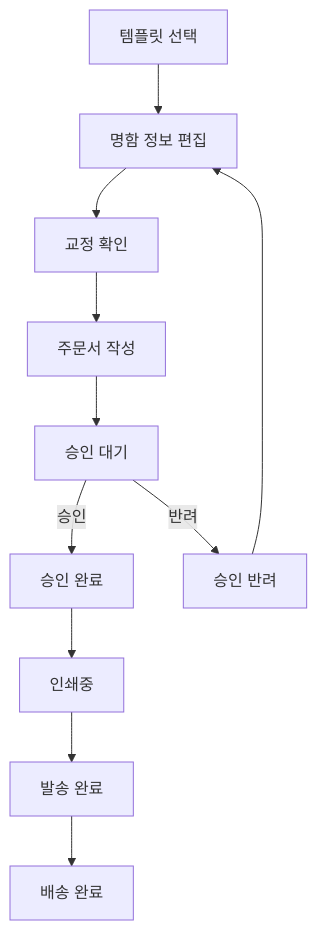
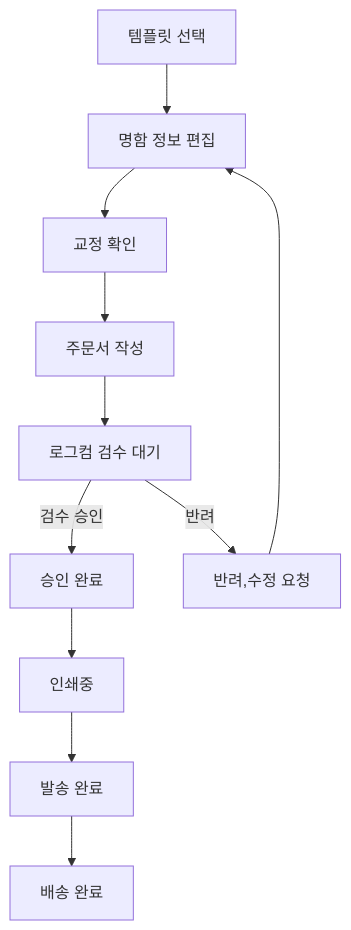
Before and after one commit to tbto37/NCMS: the diagram in docs/requirements/ncms-functional-spec-v0.1.md, drawn with Mermaid. The commit also changed other lines of this file and 2 other files, not shown here.

````diff
--- a/docs/requirements/ncms-functional-spec-v0.1.md
+++ b/docs/requirements/ncms-functional-spec-v0.1.md
@@ -110,13 +119,13 @@
 ```mermaid
 flowchart TD
     A[템플릿 선택] --> B[명함 정보 편집]
     B --> C[교정 확인]
     C --> D[주문서 작성]
-    D --> E[승인 대기]
-    E -->|승인| F[승인 완료]
-    E -->|반려| G[승인 반려]
+    D --> E[로그컴 검수 대기]
+    E -->|검수 승인| F[승인 완료]
+    E -->|반려| G[반려,수정 요청]
     G --> B
     F --> H[인쇄중]
     H --> I[발송 완료]
     I --> J[배송 완료]
 ```
````
